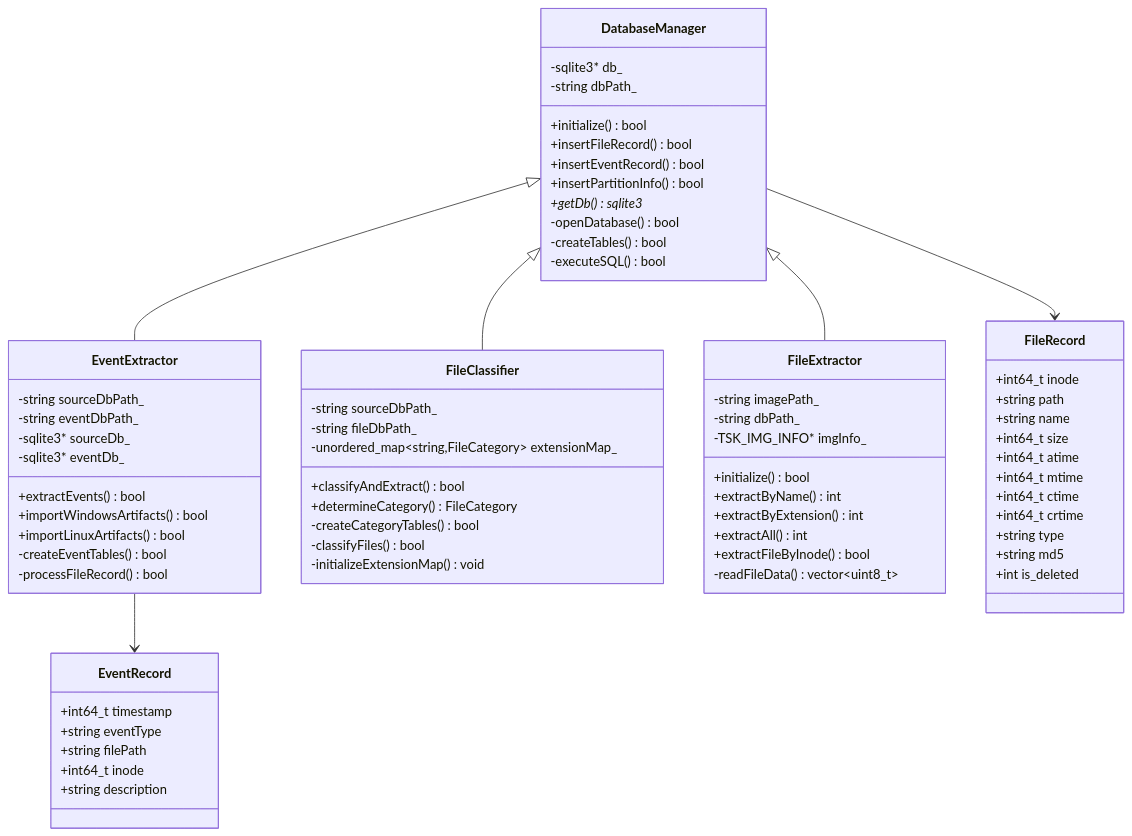
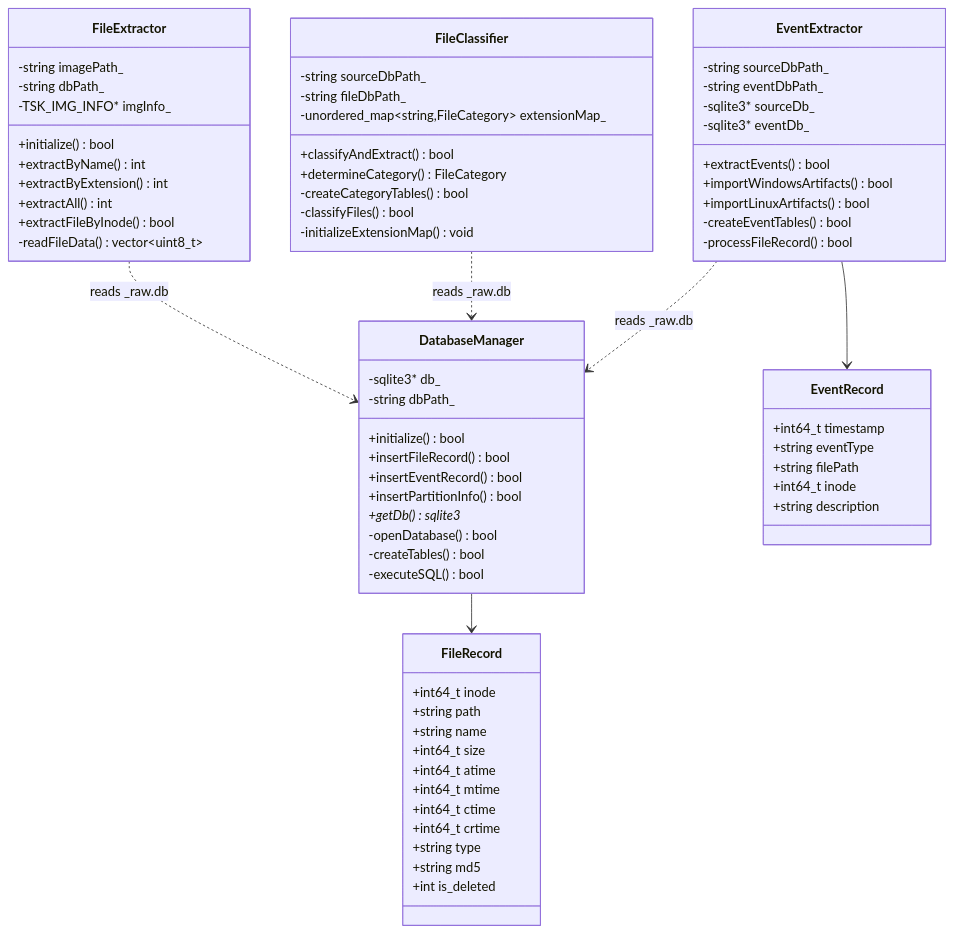
The third of 4 diagrams in docs/modules/cpp/core/DatabaseManager.md (ymj68520/TraceLens), drawn with Mermaid before and after one commit. The commit also changed other lines of this file and 38 other files, not shown here.

````diff
--- a/docs/modules/cpp/core/DatabaseManager.md
+++ b/docs/modules/cpp/core/DatabaseManager.md
@@ -234,79 +234,79 @@
 ```mermaid
 classDiagram
     class DatabaseManager {
         -sqlite3* db_
         -string dbPath_
         +initialize() bool
         +insertFileRecord() bool
         +insertEventRecord() bool
         +insertPartitionInfo() bool
         +getDb() sqlite3*
         -openDatabase() bool
         -createTables() bool
         -executeSQL() bool
     }
 
     class EventExtractor {
         -string sourceDbPath_
         -string eventDbPath_
         -sqlite3* sourceDb_
         -sqlite3* eventDb_
         +extractEvents() bool
         +importWindowsArtifacts() bool
         +importLinuxArtifacts() bool
         -createEventTables() bool
         -processFileRecord() bool
     }
 
     class FileClassifier {
         -string sourceDbPath_
         -string fileDbPath_
         -unordered_map~string,FileCategory~ extensionMap_
         +classifyAndExtract() bool
         +determineCategory() FileCategory
         -createCategoryTables() bool
         -classifyFiles() bool
         -initializeExtensionMap() void
     }
 
     class FileExtractor {
         -string imagePath_
         -string dbPath_
         -TSK_IMG_INFO* imgInfo_
         +initialize() bool
         +extractByName() int
         +extractByExtension() int
         +extractAll() int
         +extractFileByInode() bool
         -readFileData() vector~uint8_t~
     }
 
-    DatabaseManager <|-- EventExtractor
-    DatabaseManager <|-- FileClassifier
-    DatabaseManager <|-- FileExtractor
+    EventExtractor ..> DatabaseManager : reads _raw.db
+    FileClassifier ..> DatabaseManager : reads _raw.db
+    FileExtractor ..> DatabaseManager : reads _raw.db
 
     class FileRecord {
         +int64_t inode
         +string path
         +string name
         +int64_t size
         +int64_t atime
         +int64_t mtime
         +int64_t ctime
         +int64_t crtime
         +string type
         +string md5
         +int is_deleted
     }
 
     class EventRecord {
         +int64_t timestamp
         +string eventType
         +string filePath
         +int64_t inode
         +string description
     }
 
     DatabaseManager --> FileRecord
     EventExtractor --> EventRecord
 ```
````
